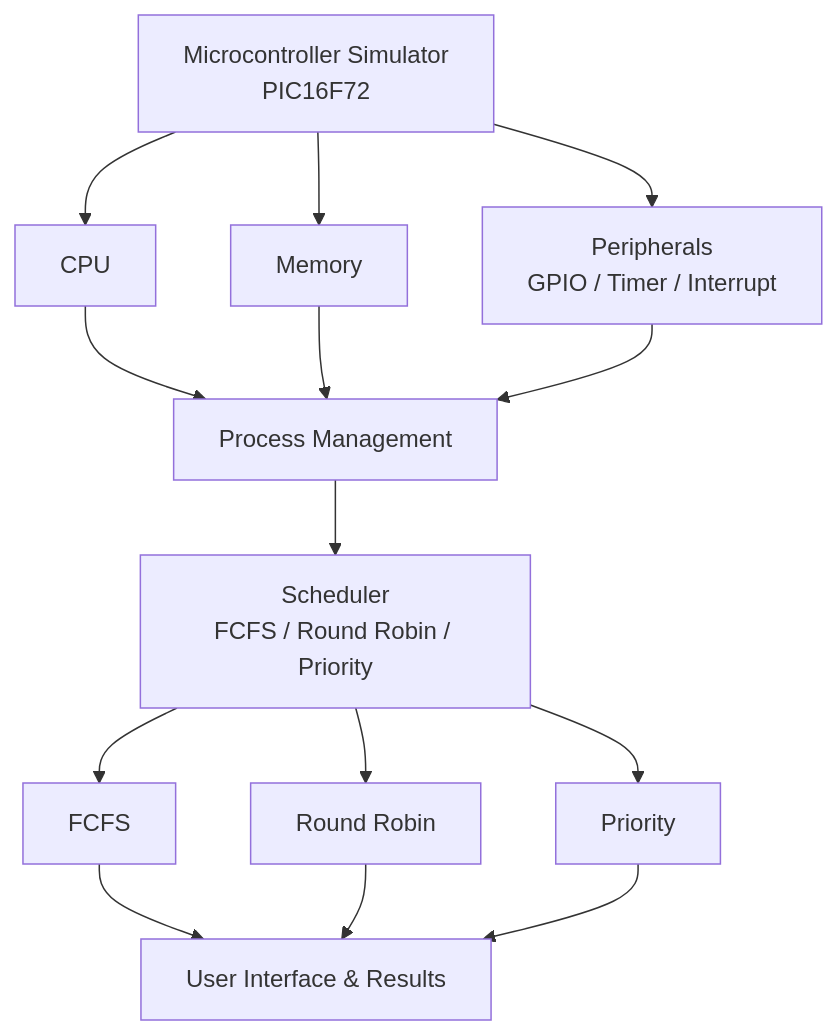
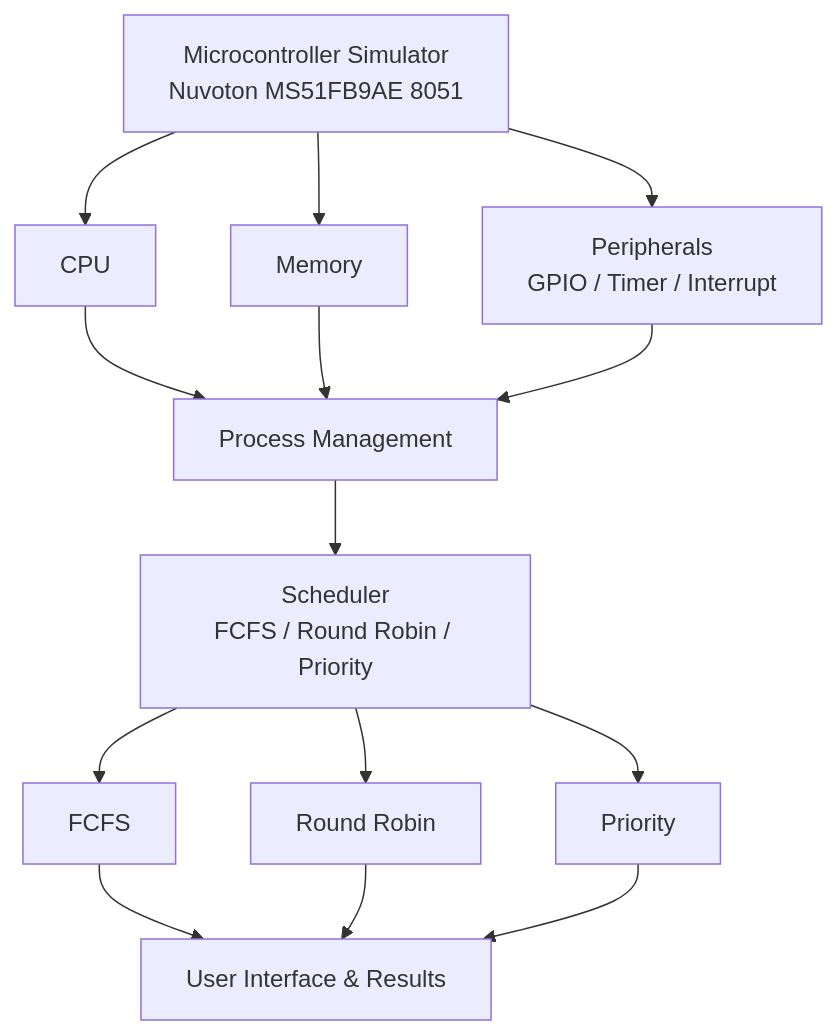
One commit to mnilam-12/Nuvoton-microcontroller-simulator changed the diagram in README.md. Above: the diagram before and after it, drawn with Mermaid. The commit also changed other lines of this file, not shown here.

First line of the commit message:
Revise microcontroller model and development language

````diff
--- a/README.md
+++ b/README.md
@@ -54,16 +54,16 @@
 ```mermaid
 graph TD
-    A[Microcontroller Simulator<br/>PIC16F72] --> B[CPU]
+    A[Microcontroller Simulator<br/>Nuvoton  MS51FB9AE 8051] --> B[CPU]
     A --> C[Memory]
     A --> D[Peripherals<br/>GPIO / Timer / Interrupt]
     B --> E[Process Management]
     C --> E
     D --> E
     E --> F[Scheduler<br/>FCFS / Round Robin / Priority]
     F --> G[FCFS]
     F --> H[Round Robin]
     F --> I[Priority]
     G --> J[User Interface & Results]
     H --> J
     I --> J
 ```      
````
